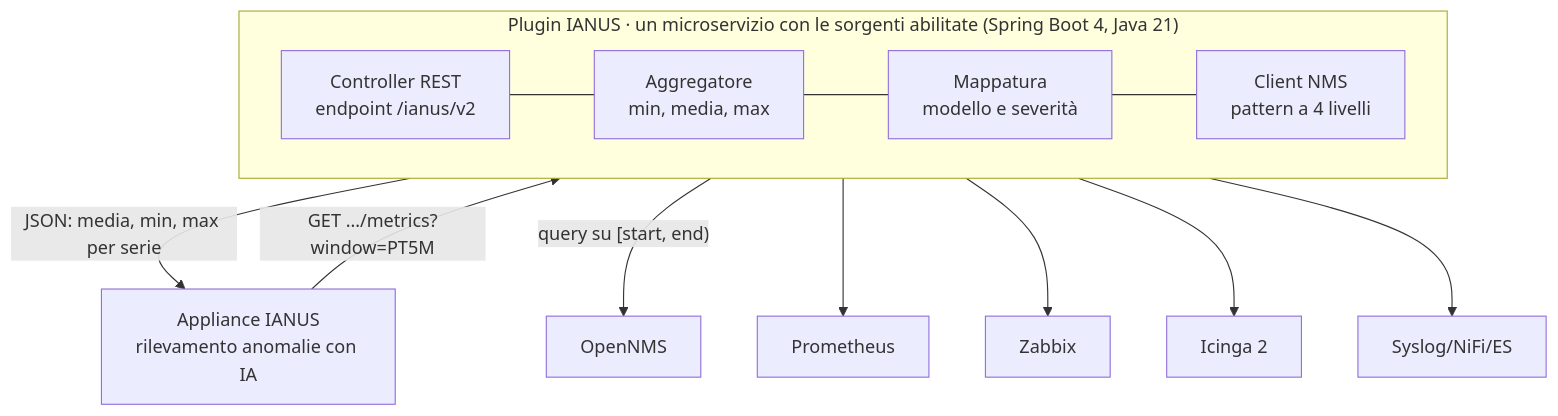
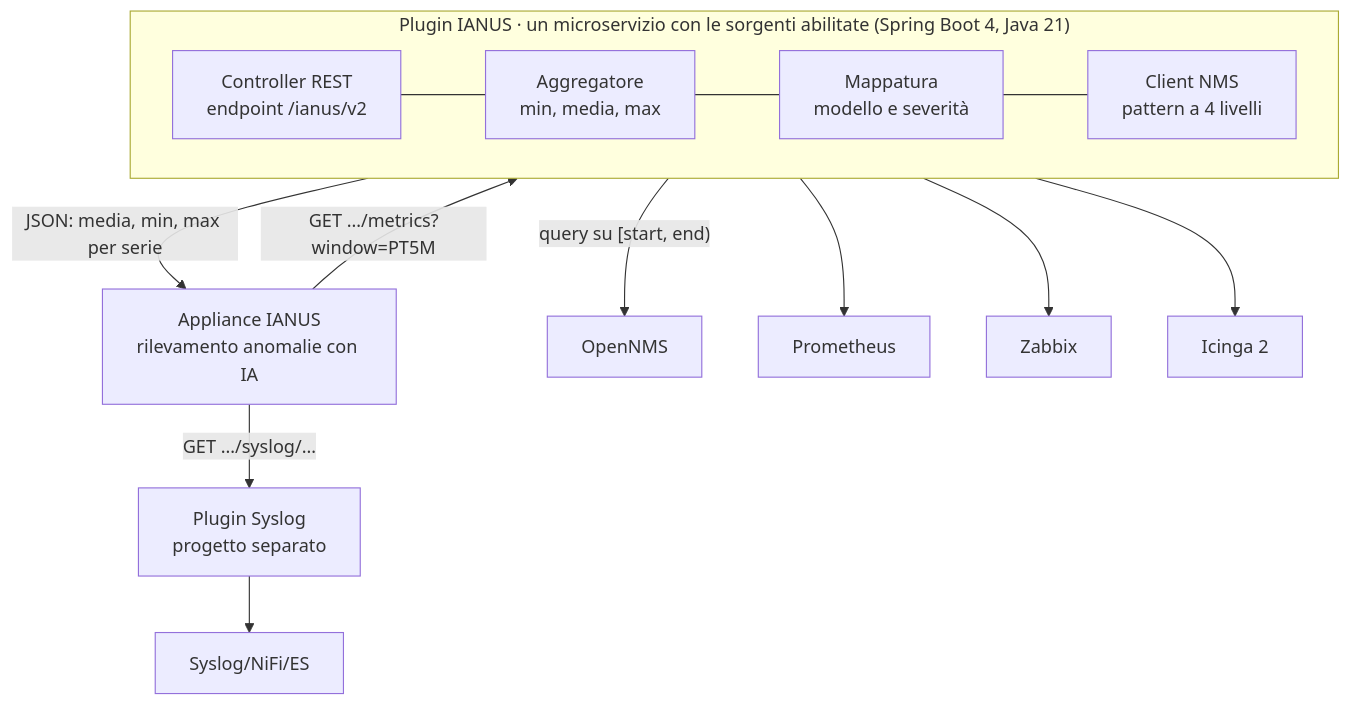
Before and after one commit to rssntn67/ianus-plugin: the diagram in SPECIFICA.md, drawn with Mermaid. The commit also changed other lines of this file, not shown here.

Commit message:
Specifica: Syslog e' realizzato in un plugin separato

````diff
--- a/SPECIFICA.md
+++ b/SPECIFICA.md
@@ -28,15 +28,16 @@
 ```mermaid
 flowchart TB
     IANUS["Appliance IANUS<br/>rilevamento anomalie con IA"]
     subgraph PLUGIN["Plugin IANUS · un microservizio con le sorgenti abilitate (Spring Boot 4, Java 21)"]
         direction LR
         CTRL["Controller REST<br/>endpoint /ianus/v2"] --- AGG["Aggregatore<br/>min, media, max"] --- MAP["Mappatura<br/>modello e severità"] --- CLIENT["Client NMS<br/>pattern a 4 livelli"]
     end
     IANUS -- "GET …/metrics?window=PT5M" --> CTRL
     CTRL -- "JSON: media, min, max per serie" --> IANUS
     CLIENT -- "query su [start, end)" --> OPENNMS["OpenNMS"]
     CLIENT --> PROM["Prometheus"]
     CLIENT --> ZBX["Zabbix"]
     CLIENT --> ICINGA["Icinga 2"]
-    CLIENT --> SYSLOG["Syslog/NiFi/ES"]
+    IANUS -- "GET …/syslog/…" --> PSYSLOG["Plugin Syslog<br/>progetto separato"]
+    PSYSLOG --> SYSLOG["Syslog/NiFi/ES"]
 ```
````
